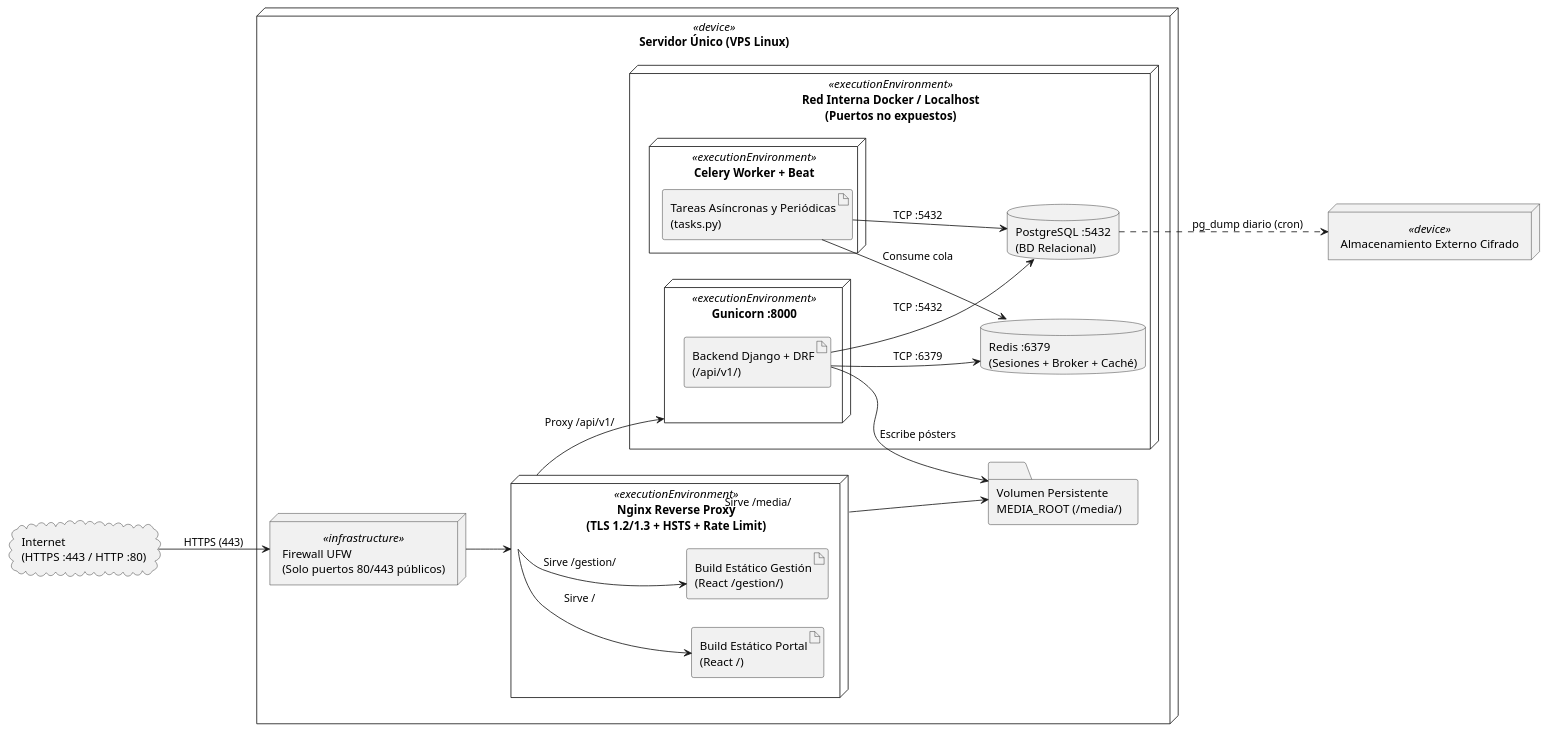
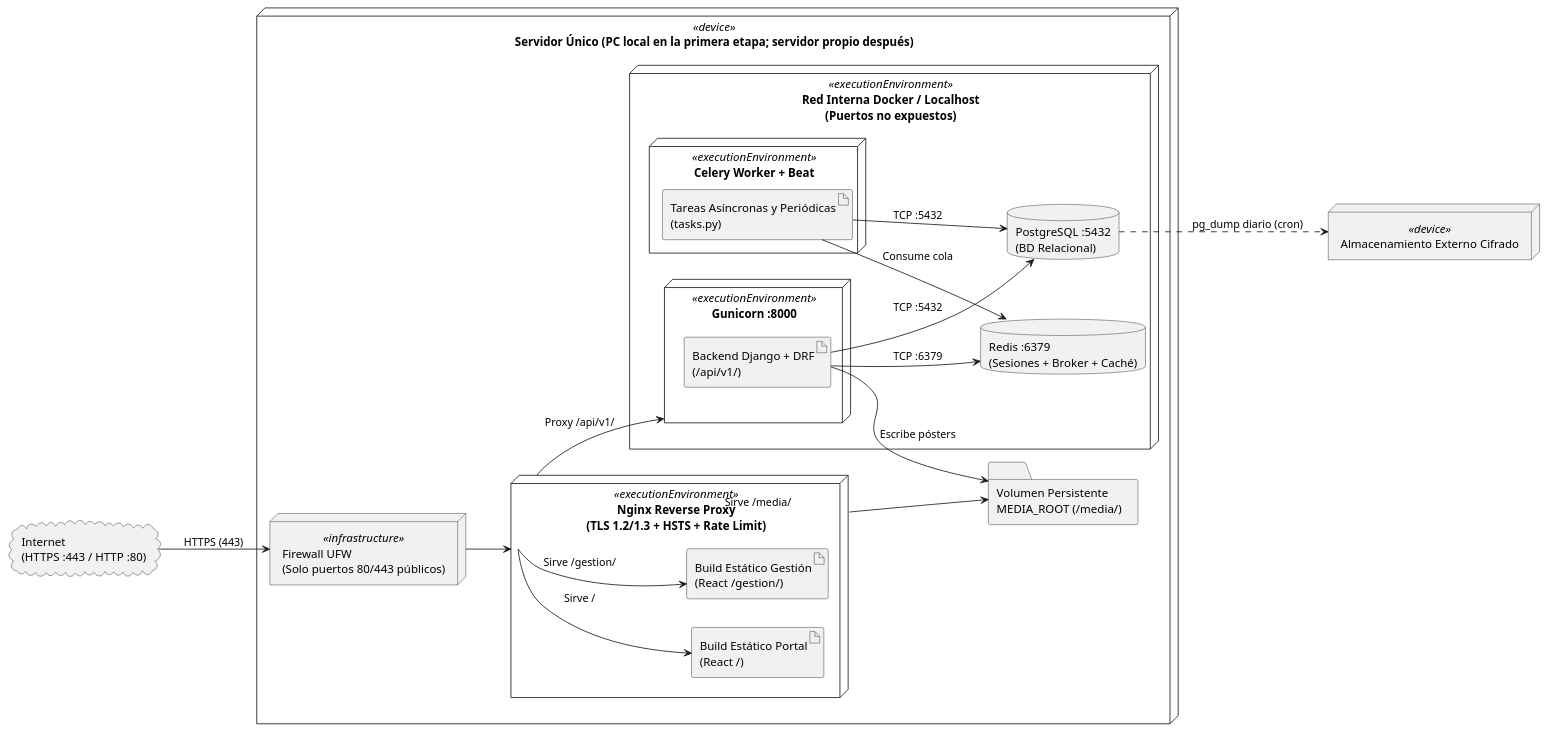
One commit to AntonioVargas97/Teatro changed the fifth of 5 diagrams in docs/arquitectura.md. Above: the diagram before and after it, drawn with PlantUML. The commit also changed other lines of this file and 29 other files, not shown here.

````diff
--- a/docs/arquitectura.md
+++ b/docs/arquitectura.md
@@ -719,44 +758,44 @@
 ```plantuml
 @startuml
 left to right direction
 
 cloud "Internet\n(HTTPS :443 / HTTP :80)" as Internet
 
-node "Servidor Único (VPS Linux)" <<device>> as VPS {
+node "Servidor Único (PC local en la primera etapa; servidor propio después)" <<device>> as SRV {
     node "Firewall UFW\n(Solo puertos 80/443 públicos)" <<infrastructure>> as UFW
     node "Nginx Reverse Proxy\n(TLS 1.2/1.3 + HSTS + Rate Limit)" <<executionEnvironment>> as Nginx {
         artifact "Build Estático Portal\n(React /)" as StaticPortal
         artifact "Build Estático Gestión\n(React /gestion/)" as StaticGestion
     }
 
     node "Red Interna Docker / Localhost\n(Puertos no expuestos)" <<executionEnvironment>> as RedInterna {
         node "Gunicorn :8000" <<executionEnvironment>> as Gunicorn {
             artifact "Backend Django + DRF\n(/api/v1/)" as DjangoApp
         }
         node "Celery Worker + Beat" <<executionEnvironment>> as Worker {
             artifact "Tareas Asíncronas y Periódicas\n(tasks.py)" as TasksApp
         }
         database "PostgreSQL :5432\n(BD Relacional)" as PG
         database "Redis :6379\n(Sesiones + Broker + Caché)" as Redis
     }
 
     folder "Volumen Persistente\nMEDIA_ROOT (/media/)" as Media
 }
 
 node "Almacenamiento Externo Cifrado" <<device>> as Backup
 
 Internet --> UFW : HTTPS (443)
 UFW --> Nginx
 Nginx --> StaticPortal : Sirve /
 Nginx --> StaticGestion : Sirve /gestion/
 Nginx --> Media : Sirve /media/
 Nginx --> Gunicorn : Proxy /api/v1/
 
 DjangoApp --> PG : TCP :5432
 DjangoApp --> Redis : TCP :6379
 DjangoApp --> Media : Escribe pósters
 TasksApp --> Redis : Consume cola
 TasksApp --> PG : TCP :5432
 PG ..> Backup : pg_dump diario (cron)
 @enduml
 ```
````
